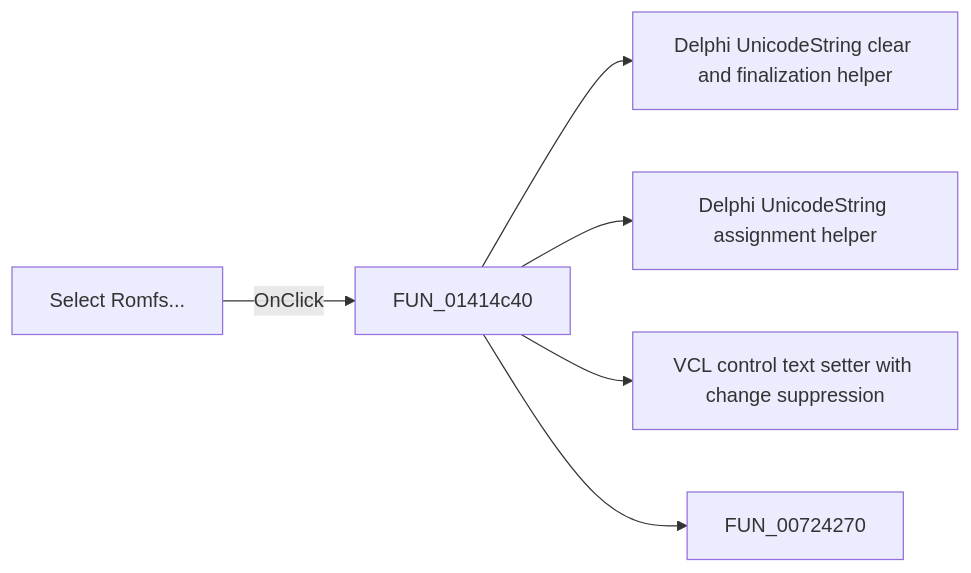
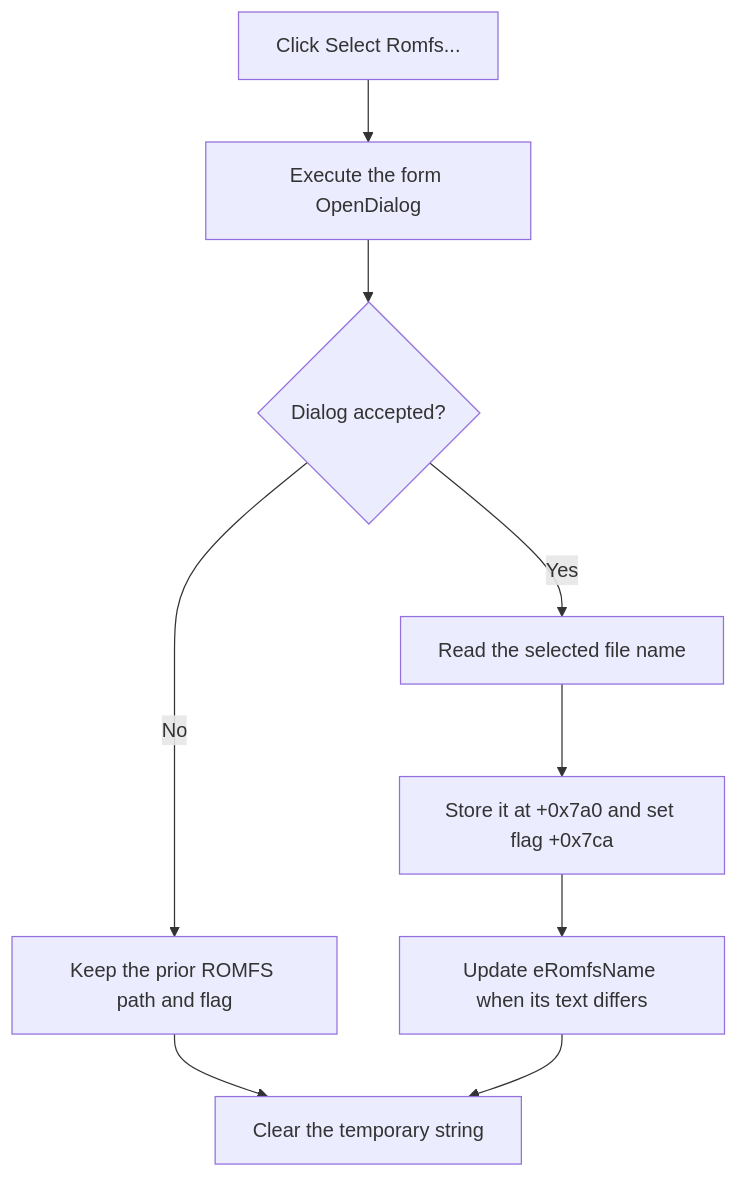
Before and after one commit to MovGP0/TIARA: the diagram in docs/ui-controls/mcukernelimageproperties/bselectromfs-410f0f140e.md, drawn with Mermaid. The commit also changed other lines of this file and 1062 other files, not shown here.

````diff
--- a/docs/ui-controls/mcukernelimageproperties/bselectromfs-410f0f140e.md
+++ b/docs/ui-controls/mcukernelimageproperties/bselectromfs-410f0f140e.md
@@ -27,8 +29,11 @@
 ```mermaid
-flowchart LR
-    control["Select Romfs..."] -->|OnClick| handler["FUN_01414c40"]
-    handler --> call1["Delphi UnicodeString clear and finalization helper"]
-    handler --> call2["Delphi UnicodeString assignment helper"]
-    handler --> call3["VCL control text setter with change suppression"]
-    handler --> call4["FUN_00724270"]
+flowchart TD
+    click["Click Select Romfs..."] --> execute["Execute the form OpenDialog"]
+    execute --> accepted{"Dialog accepted?"}
+    accepted -->|No| noChange["Keep the prior ROMFS path and flag"]
+    accepted -->|Yes| read["Read the selected file name"]
+    read --> store["Store it at +0x7a0 and set flag +0x7ca"]
+    store --> display["Update eRomfsName when its text differs"]
+    noChange --> cleanup["Clear the temporary string"]
+    display --> cleanup
 ```
````
